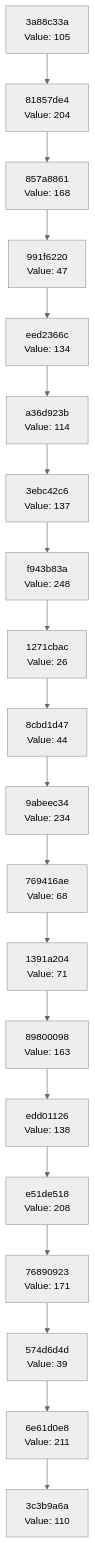
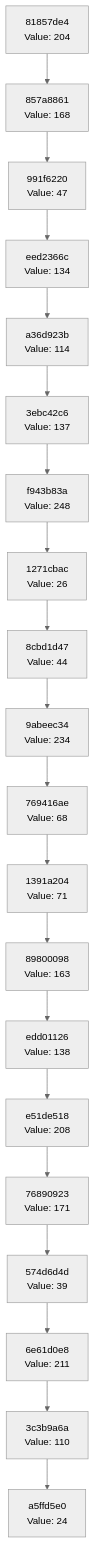
The diagram in docs/CHAIN_VISUALIZATION.md (Abhisheksinha1506/hash-chain-evolver), drawn with Mermaid (neutral theme) before and after one commit. The commit also changed 3 other files, not shown here.

````diff
--- a/docs/CHAIN_VISUALIZATION.md
+++ b/docs/CHAIN_VISUALIZATION.md
@@ -3,42 +3,42 @@
 ```mermaid
 graph TD
-    C0["3c3b9a6a<br/>Value: 110"]
-    C1["6e61d0e8<br/>Value: 211"]
+    C0["a5ffd5e0<br/>Value: 24"]
+    C1["3c3b9a6a<br/>Value: 110"]
     C1 --> C0
-    C2["574d6d4d<br/>Value: 39"]
+    C2["6e61d0e8<br/>Value: 211"]
     C2 --> C1
-    C3["76890923<br/>Value: 171"]
+    C3["574d6d4d<br/>Value: 39"]
     C3 --> C2
-    C4["e51de518<br/>Value: 208"]
+    C4["76890923<br/>Value: 171"]
     C4 --> C3
-    C5["edd01126<br/>Value: 138"]
+    C5["e51de518<br/>Value: 208"]
     C5 --> C4
-    C6["89800098<br/>Value: 163"]
+    C6["edd01126<br/>Value: 138"]
     C6 --> C5
-    C7["1391a204<br/>Value: 71"]
+    C7["89800098<br/>Value: 163"]
     C7 --> C6
-    C8["769416ae<br/>Value: 68"]
+    C8["1391a204<br/>Value: 71"]
     C8 --> C7
-    C9["9abeec34<br/>Value: 234"]
+    C9["769416ae<br/>Value: 68"]
     C9 --> C8
-    C10["8cbd1d47<br/>Value: 44"]
+    C10["9abeec34<br/>Value: 234"]
     C10 --> C9
-    C11["1271cbac<br/>Value: 26"]
+    C11["8cbd1d47<br/>Value: 44"]
     C11 --> C10
-    C12["f943b83a<br/>Value: 248"]
+    C12["1271cbac<br/>Value: 26"]
     C12 --> C11
-    C13["3ebc42c6<br/>Value: 137"]
+    C13["f943b83a<br/>Value: 248"]
     C13 --> C12
-    C14["a36d923b<br/>Value: 114"]
+    C14["3ebc42c6<br/>Value: 137"]
     C14 --> C13
-    C15["eed2366c<br/>Value: 134"]
+    C15["a36d923b<br/>Value: 114"]
     C15 --> C14
-    C16["991f6220<br/>Value: 47"]
+    C16["eed2366c<br/>Value: 134"]
     C16 --> C15
-    C17["857a8861<br/>Value: 168"]
+    C17["991f6220<br/>Value: 47"]
     C17 --> C16
-    C18["81857de4<br/>Value: 204"]
+    C18["857a8861<br/>Value: 168"]
     C18 --> C17
-    C19["3a88c33a<br/>Value: 105"]
+    C19["81857de4<br/>Value: 204"]
     C19 --> C18
 ```
````
